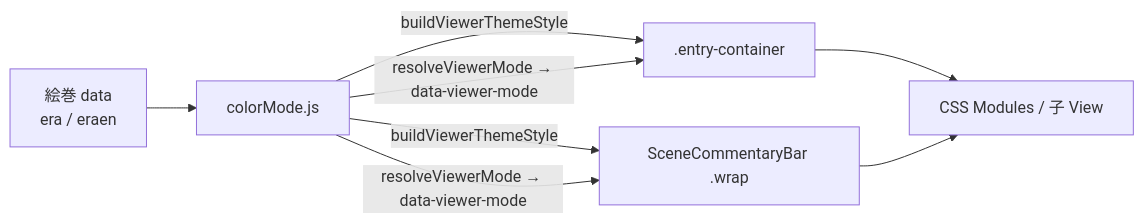
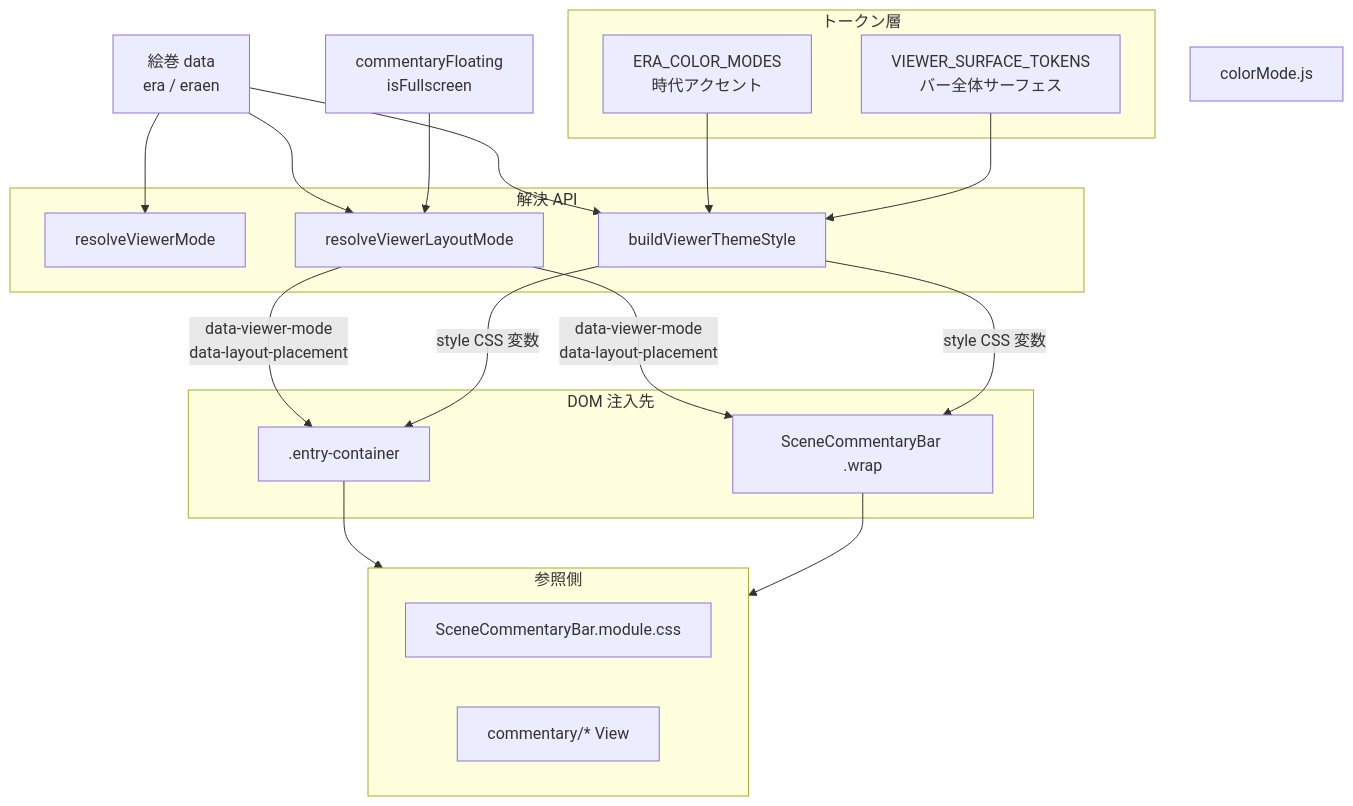
One commit to satoshi-create/emakimono-next changed the diagram in src/theme/SPEC.md. Above: the diagram before and after it, drawn with Mermaid. The commit also changed other lines of this file and 14 other files, not shown here.

````diff
--- a/src/theme/SPEC.md
+++ b/src/theme/SPEC.md
@@ -5,16 +7,42 @@
 ```mermaid
-graph LR
+graph TB
   data["絵巻 data<br/>era / eraen"]
+  flags["commentaryFloating<br/>isFullscreen"]
   CM["colorMode.js"]
-  EC[".entry-container"]
-  SCB["SceneCommentaryBar .wrap"]
-  CSS["CSS Modules / 子 View"]
 
-  data --> CM
-  CM -->|buildViewerThemeStyle| EC
-  CM -->|buildViewerThemeStyle| SCB
-  CM -->|resolveViewerMode → data-viewer-mode| EC
-  CM -->|resolveViewerMode → data-viewer-mode| SCB
-  EC --> CSS
-  SCB --> CSS
+  subgraph tokens["トークン層"]
+    ERA["ERA_COLOR_MODES<br/>時代アクセント"]
+    SURF["VIEWER_SURFACE_TOKENS<br/>バー全体サーフェス"]
+  end
+
+  subgraph resolve["解決 API"]
+    RVM["resolveViewerMode"]
+    RVL["resolveViewerLayoutMode"]
+    BVS["buildViewerThemeStyle"]
+  end
+
+  subgraph dom["DOM 注入先"]
+    EC[".entry-container"]
+    SCB["SceneCommentaryBar .wrap"]
+  end
+
+  subgraph css["参照側"]
+    MOD["SceneCommentaryBar.module.css"]
+    CV["commentary/* View"]
+  end
+
+  data --> RVM
+  data --> RVL
+  flags --> RVL
+  data --> BVS
+  ERA --> BVS
+  SURF --> BVS
+
+  RVL -->|data-viewer-mode<br/>data-layout-placement| EC
+  RVL -->|data-viewer-mode<br/>data-layout-placement| SCB
+  BVS -->|style CSS 変数| EC
+  BVS -->|style CSS 変数| SCB
+
+  EC --> css
+  SCB --> css
 ```
````
